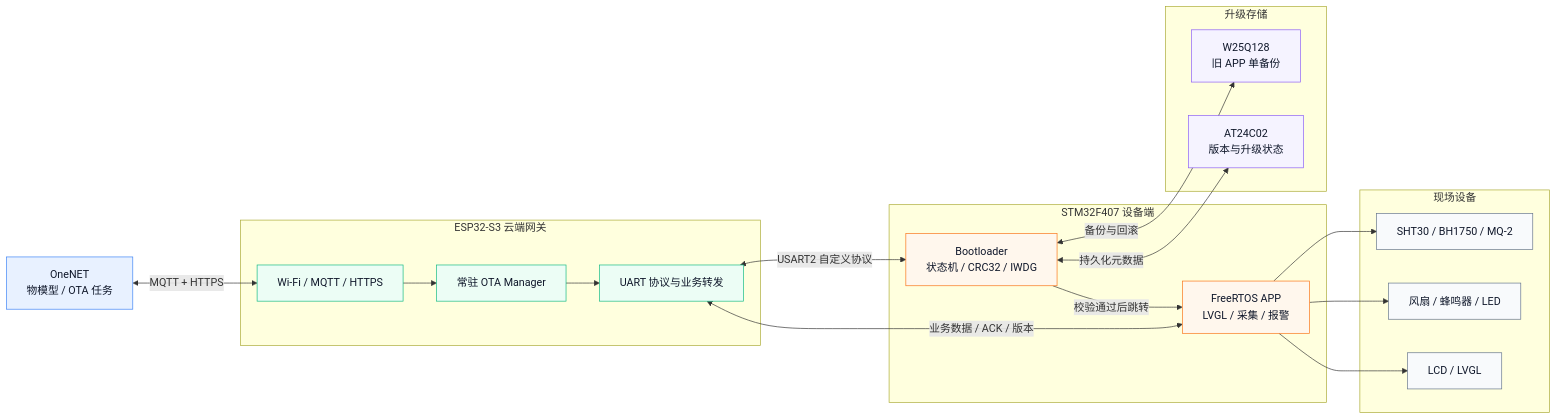
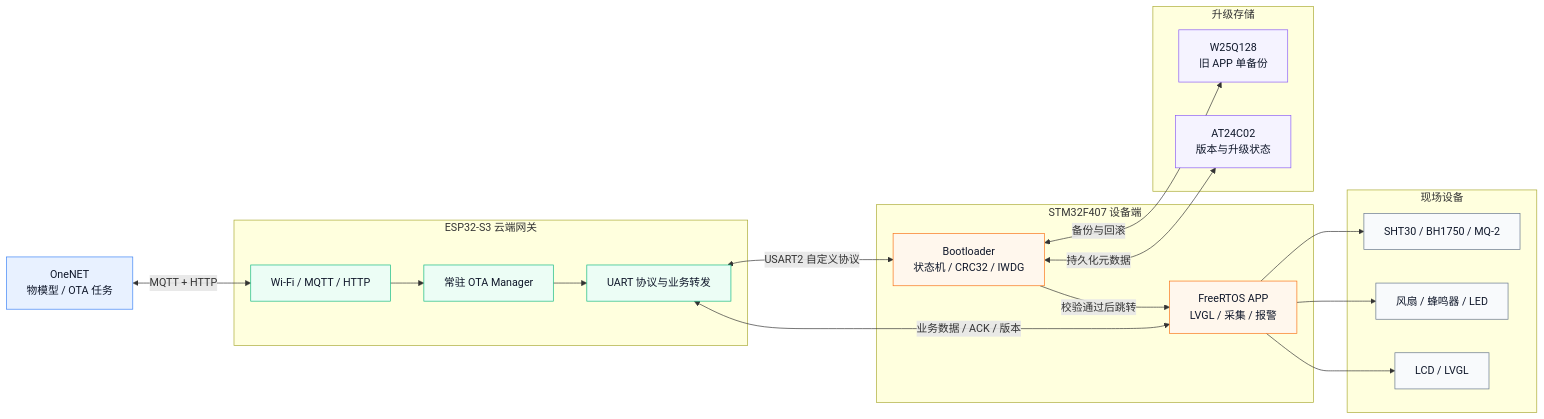
One commit to ChenFU-CN13/esp32-stm32-ab-ota changed the first of 2 diagrams in README.md. Above: the diagram before and after it, drawn with Mermaid. The commit also changed other lines of this file and 27 other files, not shown here.

````diff
--- a/README.md
+++ b/README.md
@@ -33,48 +35,48 @@
 ```mermaid
 flowchart LR
     Cloud["OneNET<br/>物模型 / OTA 任务"]
 
     subgraph Gateway["ESP32-S3 云端网关"]
-        Net["Wi-Fi / MQTT / HTTPS"]
+        Net["Wi-Fi / MQTT / HTTP"]
         Manager["常驻 OTA Manager"]
         Serial["UART 协议与业务转发"]
         Net --> Manager --> Serial
     end
 
     subgraph Device["STM32F407 设备端"]
         BL["Bootloader<br/>状态机 / CRC32 / IWDG"]
         APP["FreeRTOS APP<br/>LVGL / 采集 / 报警"]
         BL -->|"校验通过后跳转"| APP
     end
 
     subgraph Storage["升级存储"]
         W25["W25Q128<br/>旧 APP 单备份"]
         EEPROM["AT24C02<br/>版本与升级状态"]
     end
 
     subgraph IO["现场设备"]
         Sensor["SHT30 / BH1750 / MQ-2"]
         Actuator["风扇 / 蜂鸣器 / LED"]
         Display["LCD / LVGL"]
     end
 
-    Cloud <-->|"MQTT + HTTPS"| Net
+    Cloud <-->|"MQTT + HTTP"| Net
     Serial <-->|"USART2 自定义协议"| BL
     Serial <-->|"业务数据 / ACK / 版本"| APP
     BL <-->|"备份与回滚"| W25
     BL <-->|"持久化元数据"| EEPROM
     APP --> Sensor
     APP --> Actuator
     APP --> Display
 
     classDef cloud fill:#e8f1ff,stroke:#3b82f6,color:#0f172a;
     classDef gateway fill:#ecfdf5,stroke:#10b981,color:#0f172a;
     classDef device fill:#fff7ed,stroke:#f97316,color:#0f172a;
     classDef storage fill:#f5f3ff,stroke:#8b5cf6,color:#0f172a;
     classDef io fill:#f8fafc,stroke:#64748b,color:#0f172a;
     class Cloud cloud;
     class Net,Manager,Serial gateway;
     class BL,APP device;
     class W25,EEPROM storage;
     class Sensor,Actuator,Display io;
 ```
````
